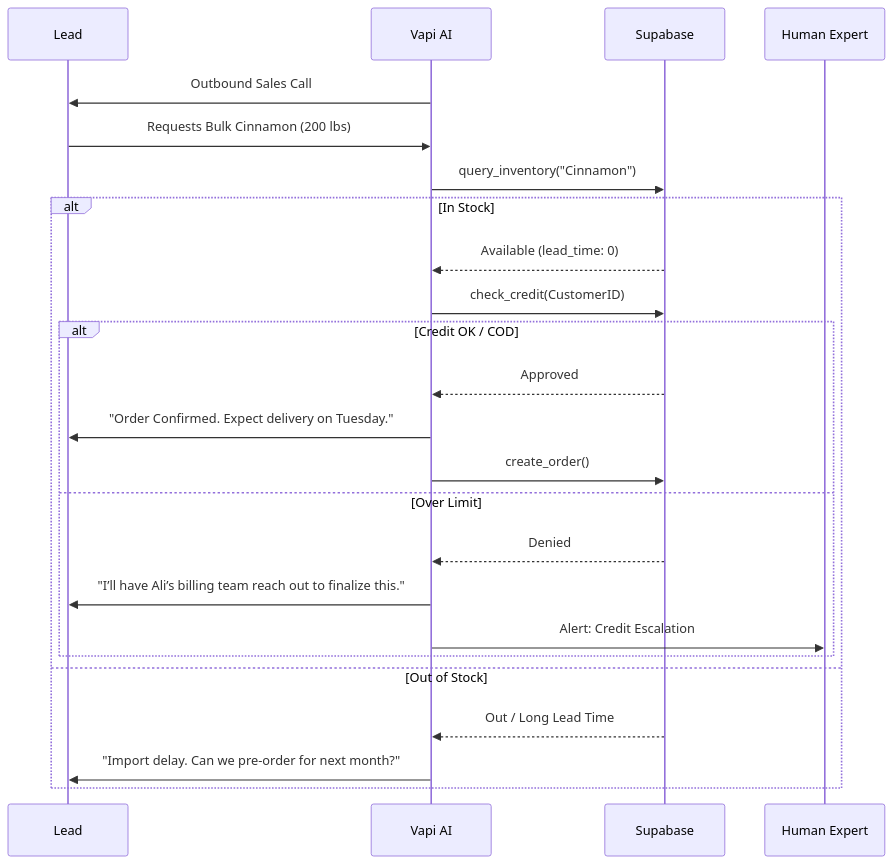
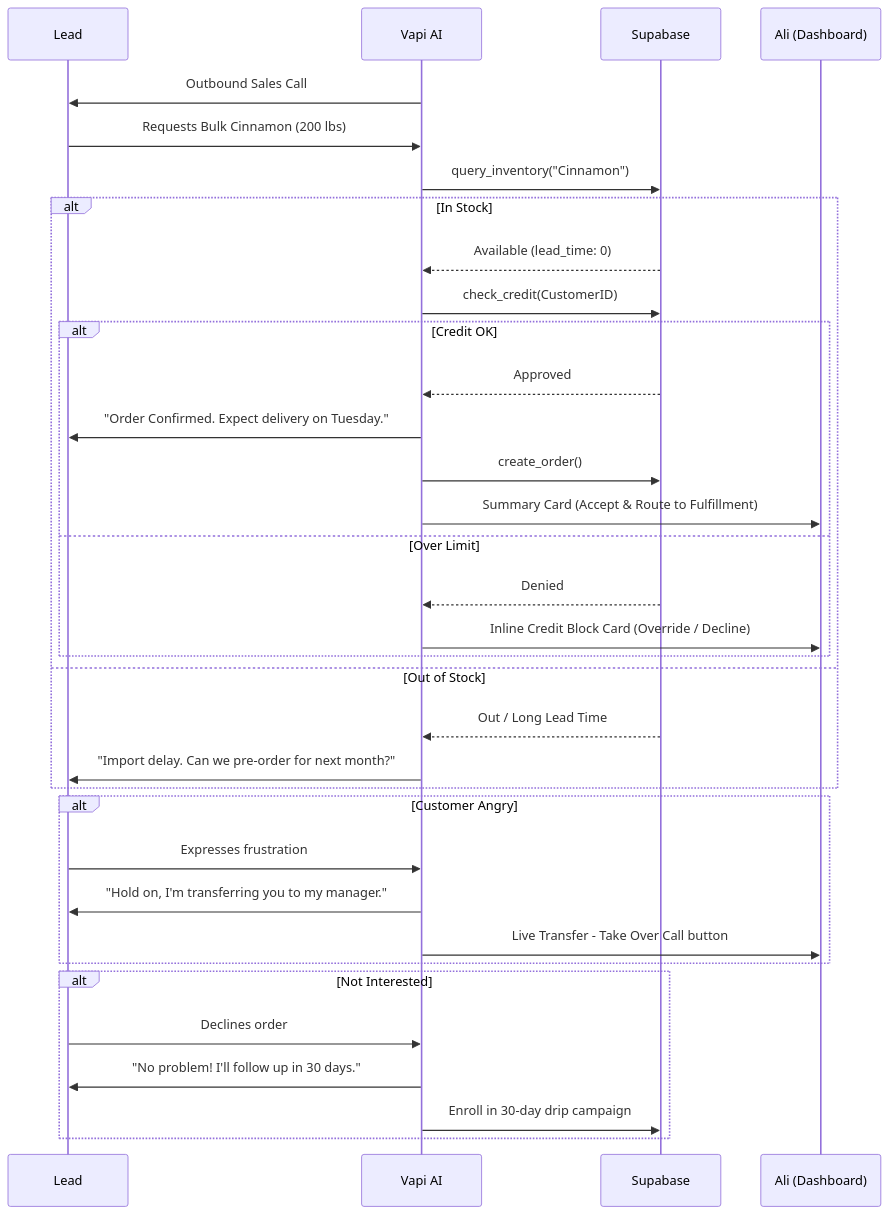
The second of 2 diagrams in ARCHITECTURE.md (sk6786/AliWholesaleSaas), drawn with Mermaid before and after one commit. The commit also changed other lines of this file and 7 other files, not shown here.

First line of the commit message:
UX redesign: inline interrupts, live transfer, fulfillment with stop ordering

````diff
--- a/ARCHITECTURE.md
+++ b/ARCHITECTURE.md
@@ -47,27 +47,39 @@
 ```mermaid
 sequenceDiagram
     participant L as Lead
     participant V as Vapi AI
     participant S as Supabase
-    participant H as Human Expert
+    participant A as Ali (Dashboard)
 
     V->>L: Outbound Sales Call
     L->>V: Requests Bulk Cinnamon (200 lbs)
     V->>S: query_inventory("Cinnamon")
     alt In Stock
         S-->>V: Available (lead_time: 0)
         V->>S: check_credit(CustomerID)
-        alt Credit OK / COD
+        alt Credit OK
             S-->>V: Approved
             V->>L: "Order Confirmed. Expect delivery on Tuesday."
             V->>S: create_order()
+            V->>A: Summary Card (Accept & Route to Fulfillment)
         else Over Limit
             S-->>V: Denied
-            V->>L: "I’ll have Ali’s billing team reach out to finalize this."
-            V->>H: Alert: Credit Escalation
+            V->>A: Inline Credit Block Card (Override / Decline)
         end
     else Out of Stock
         S-->>V: Out / Long Lead Time
         V->>L: "Import delay. Can we pre-order for next month?"
     end
+
+    alt Customer Angry
+        L->>V: Expresses frustration
+        V->>L: "Hold on, I'm transferring you to my manager."
+        V->>A: Live Transfer - Take Over Call button
+    end
+
+    alt Not Interested
+        L->>V: Declines order
+        V->>L: "No problem! I'll follow up in 30 days."
+        V->>S: Enroll in 30-day drip campaign
+    end
 ```
````
